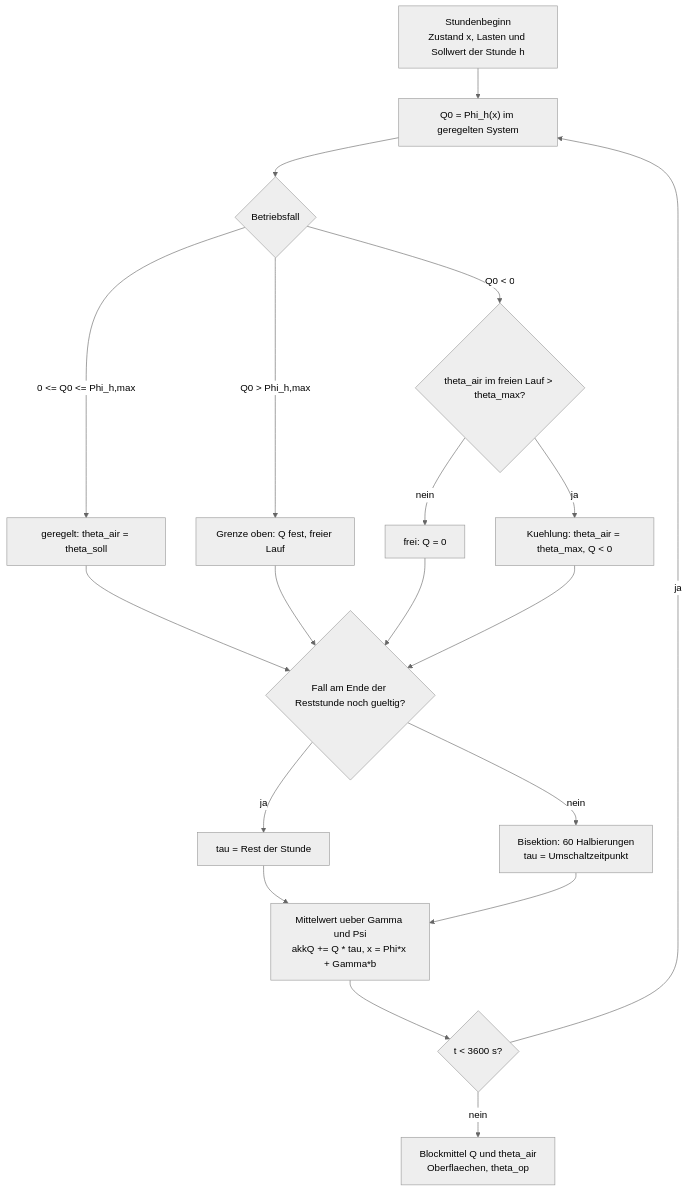
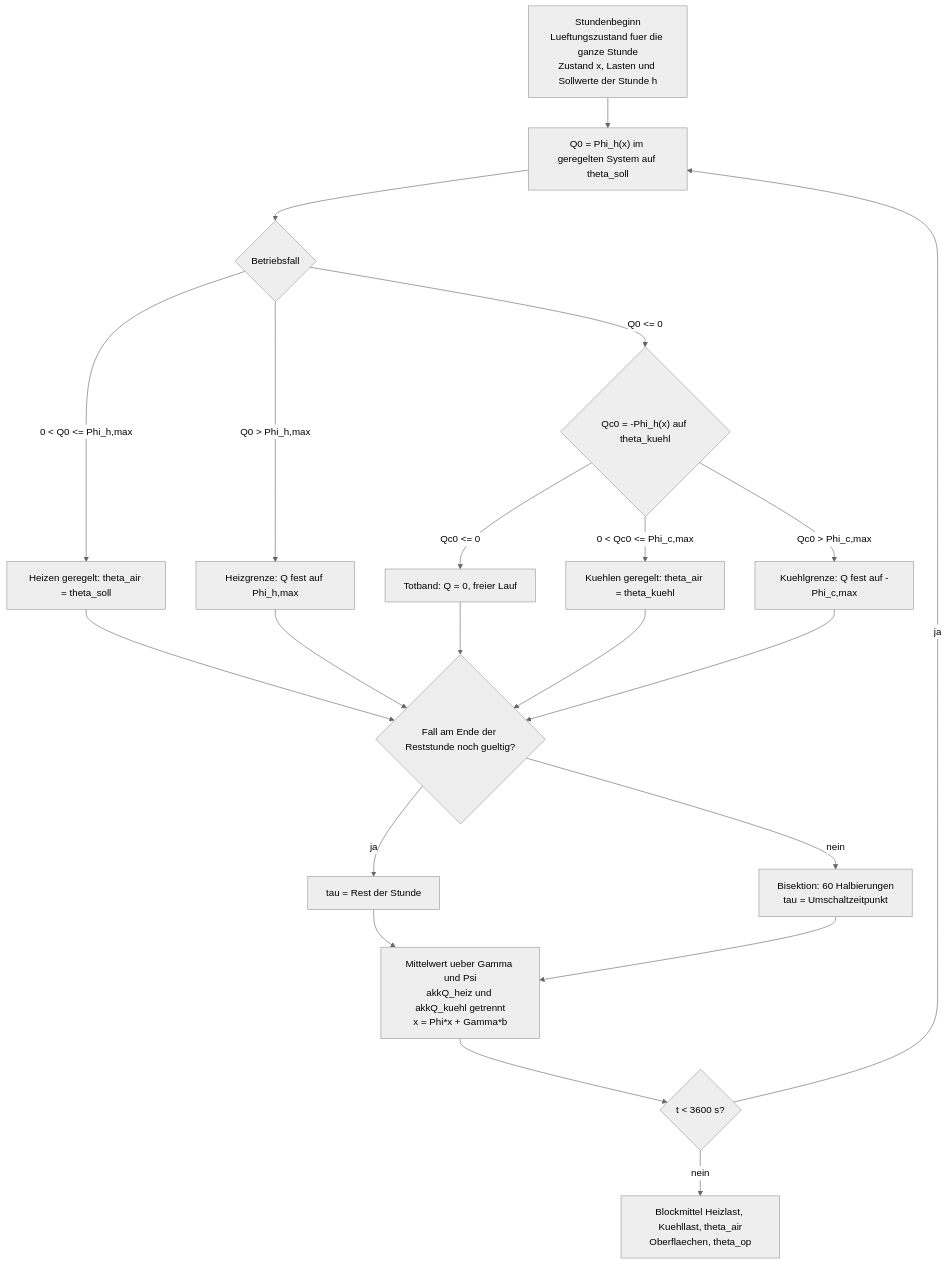
Before and after one commit to inekon/EPOS-Plan: the second of 2 diagrams in Dokumentation/aktuell/Rechenschritte_Gebaeudesimulation_VDI6007_EPOS-Plan.md, drawn with Mermaid (neutral theme). The commit also changed other lines of this file and 15 other files, not shown here.

````diff
--- a/Dokumentation/aktuell/Rechenschritte_Gebaeudesimulation_VDI6007_EPOS-Plan.md
+++ b/Dokumentation/aktuell/Rechenschritte_Gebaeudesimulation_VDI6007_EPOS-Plan.md
@@ -829,21 +970,23 @@
 ```mermaid
 flowchart TD
-    S["Stundenbeginn<br/>Zustand x, Lasten und Sollwert der Stunde h"] --> Q["Q0 = Phi_h(x) im geregelten System"]
+    S["Stundenbeginn<br/>Lueftungszustand fuer die ganze Stunde<br/>Zustand x, Lasten und Sollwerte der Stunde h"] --> Q["Q0 = Phi_h(x) im geregelten System auf theta_soll"]
     Q --> P{"Betriebsfall"}
-    P -->|"0 &lt;= Q0 &lt;= Phi_h,max"| R["geregelt: theta_air = theta_soll"]
-    P -->|"Q0 &gt; Phi_h,max"| L["Grenze oben: Q fest, freier Lauf"]
-    P -->|"Q0 &lt; 0"| K{"theta_air im freien Lauf &gt; theta_max?"}
-    K -->|nein| A["frei: Q = 0"]
-    K -->|ja| C["Kuehlung: theta_air = theta_max, Q &lt; 0"]
+    P -->|"0 &lt; Q0 &lt;= Phi_h,max"| R["Heizen geregelt: theta_air = theta_soll"]
+    P -->|"Q0 &gt; Phi_h,max"| L["Heizgrenze: Q fest auf Phi_h,max"]
+    P -->|"Q0 &lt;= 0"| K{"Qc0 = -Phi_h(x) auf theta_kuehl"}
+    K -->|"Qc0 &lt;= 0"| A["Totband: Q = 0, freier Lauf"]
+    K -->|"0 &lt; Qc0 &lt;= Phi_c,max"| C["Kuehlen geregelt: theta_air = theta_kuehl"]
+    K -->|"Qc0 &gt; Phi_c,max"| CG["Kuehlgrenze: Q fest auf -Phi_c,max"]
     R --> V{"Fall am Ende der Reststunde noch gueltig?"}
     L --> V
     A --> V
     C --> V
+    CG --> V
     V -->|ja| M["tau = Rest der Stunde"]
     V -->|nein| B["Bisektion: 60 Halbierungen<br/>tau = Umschaltzeitpunkt"]
-    M --> I["Mittelwert ueber Gamma und Psi<br/>akkQ += Q * tau, x = Phi*x + Gamma*b"]
+    M --> I["Mittelwert ueber Gamma und Psi<br/>akkQ_heiz und akkQ_kuehl getrennt<br/>x = Phi*x + Gamma*b"]
     B --> I
     I --> W{"t &lt; 3600 s?"}
     W -->|ja| Q
-    W -->|nein| E["Blockmittel Q und theta_air<br/>Oberflaechen, theta_op"]
+    W -->|nein| E["Blockmittel Heizlast, Kuehllast, theta_air<br/>Oberflaechen, theta_op"]
 ```
````
